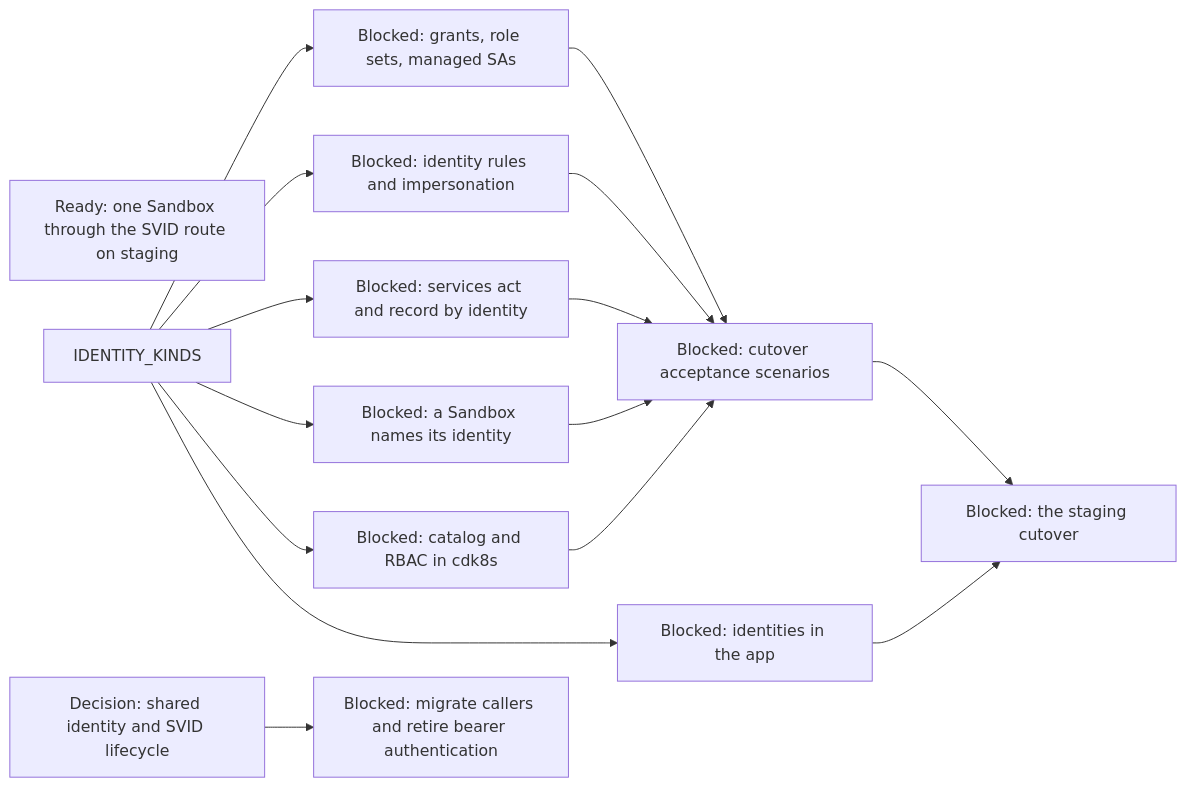
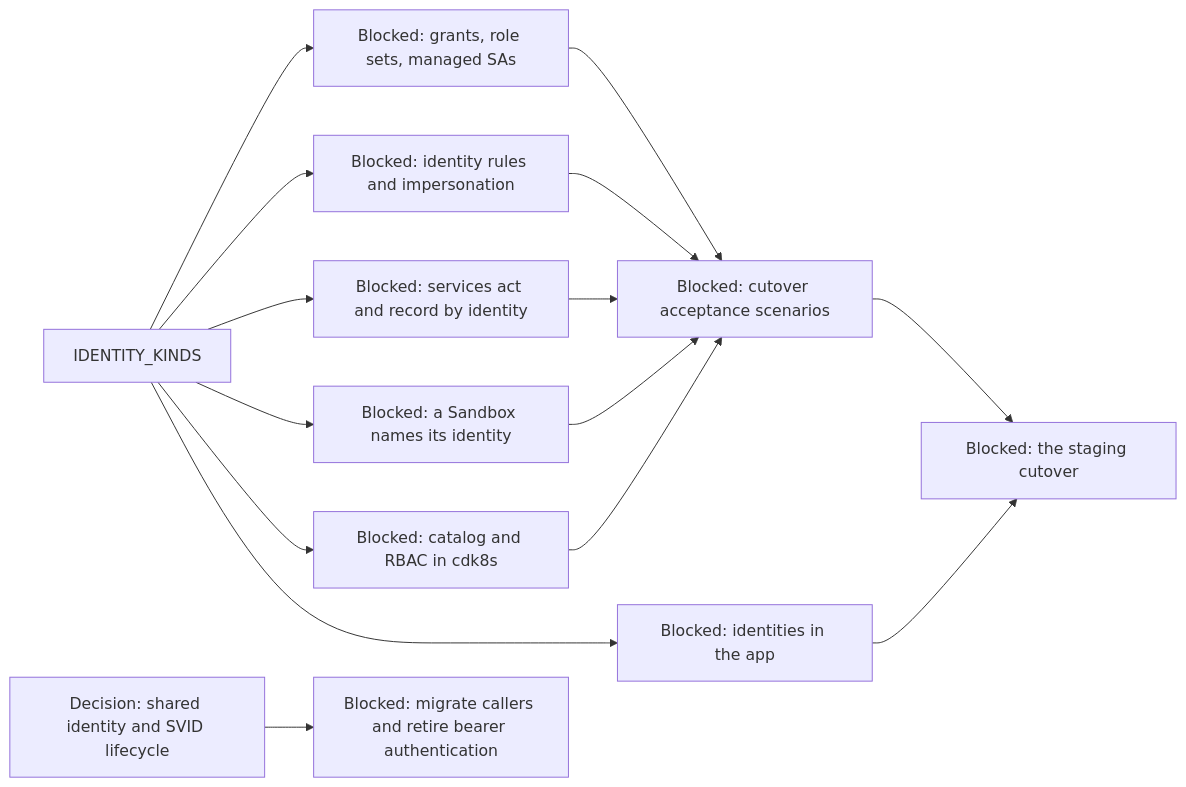
Diagram 17 of 19 in agentplane/plans/task_dag.md (agentydragon/ducktape), drawn with Mermaid before and after one commit. The commit also changed other lines of this file, not shown here.

Commit message:
agentplane/plans: SVID_STAGING_CHECK done

````diff
--- a/agentplane/plans/task_dag.md
+++ b/agentplane/plans/task_dag.md
@@ -3039,18 +3038,17 @@
 ```mermaid
 flowchart LR
-    SVID_STAGING_CHECK[Ready: one Sandbox through the SVID route on staging]
     IDENTITY_KINDS --> POLICY_GRANTS[Blocked: grants, role sets, managed SAs]
     IDENTITY_KINDS --> EGRESS_IDENTITY_RULES[Blocked: identity rules and impersonation]
     IDENTITY_KINDS --> SERVICES_IDENTITY_PRINCIPAL[Blocked: services act and record by identity]
     IDENTITY_KINDS --> SANDBOX_IDENTITY_SPEC[Blocked: a Sandbox names its identity]
     IDENTITY_KINDS --> IDENTITY_CATALOG[Blocked: catalog and RBAC in cdk8s]
     IDENTITY_KINDS --> APP_IDENTITIES_UI[Blocked: identities in the app]
     WORKLOAD_IDENTITY_LIFECYCLE_DESIGN[Decision: shared identity and SVID lifecycle] --> WORKLOAD_AUTH_CUTOVER[Blocked: migrate callers and retire bearer authentication]
     POLICY_GRANTS --> IDENTITY_SYSTEM_TESTS[Blocked: cutover acceptance scenarios]
     EGRESS_IDENTITY_RULES --> IDENTITY_SYSTEM_TESTS
     SERVICES_IDENTITY_PRINCIPAL --> IDENTITY_SYSTEM_TESTS
     SANDBOX_IDENTITY_SPEC --> IDENTITY_SYSTEM_TESTS
     IDENTITY_CATALOG --> IDENTITY_SYSTEM_TESTS
     IDENTITY_SYSTEM_TESTS --> IDENTITY_CUTOVER[Blocked: the staging cutover]
     APP_IDENTITIES_UI --> IDENTITY_CUTOVER
 ```
````
